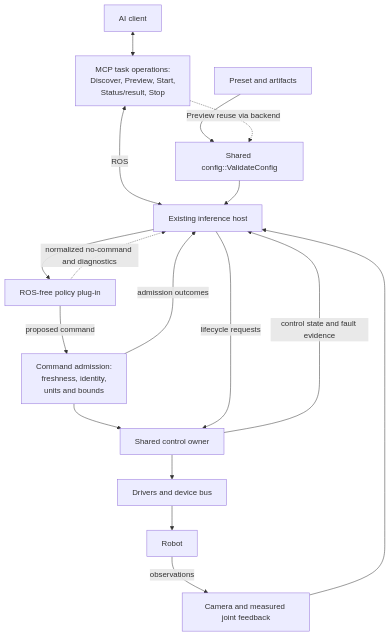
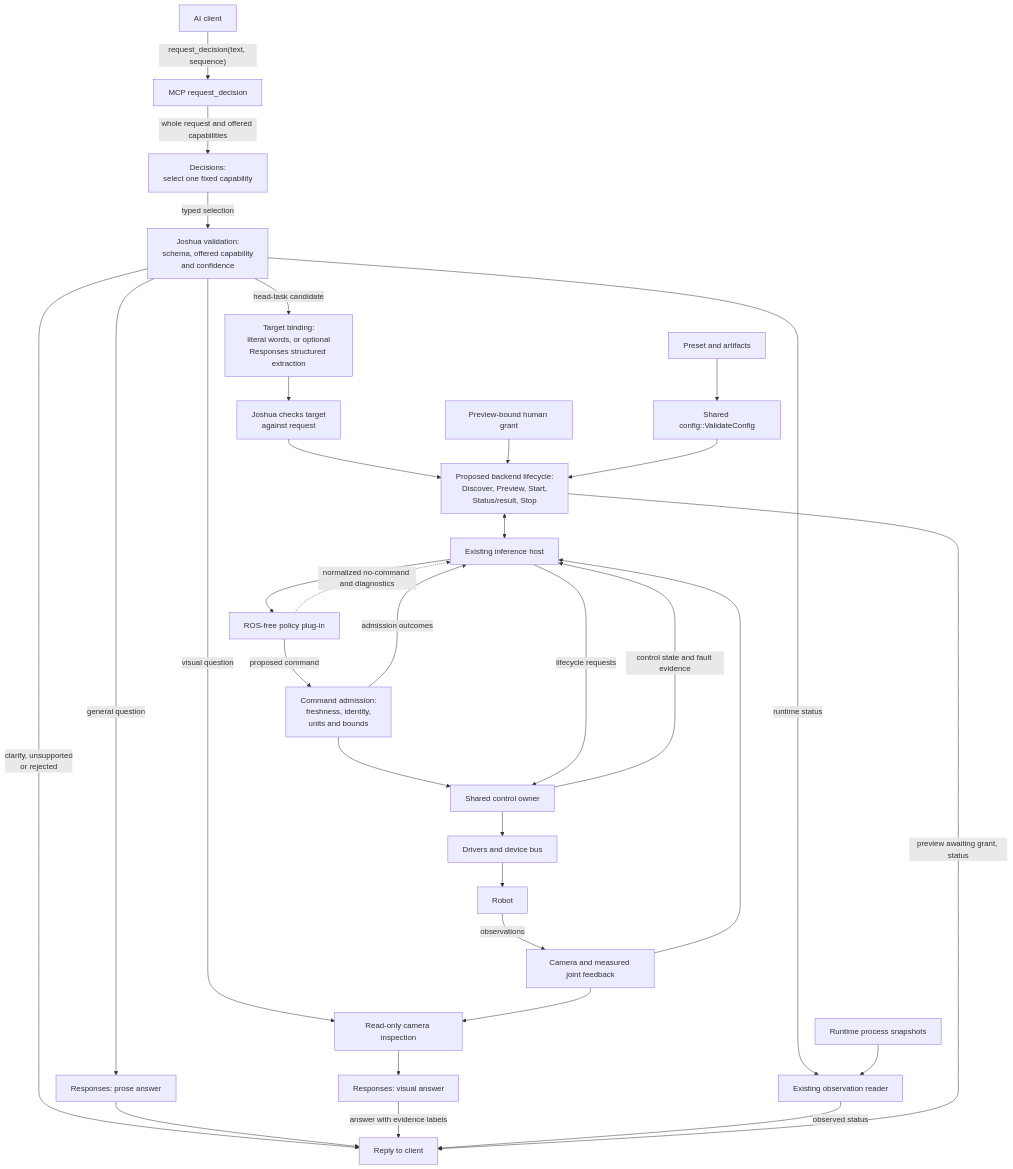
Before and after one commit to Joshua-AI-Robotics/Joshua: the diagram in docs/designs/PLUGGABLE_INFERENCE_AND_MCP.md, drawn with Mermaid. The commit also changed other lines of this file and 1 other file, not shown here.

First line of the commit message:
docs: align MCP design with whole-request Decisions routing

````diff
--- a/docs/designs/PLUGGABLE_INFERENCE_AND_MCP.md
+++ b/docs/designs/PLUGGABLE_INFERENCE_AND_MCP.md
@@ -20,19 +22,35 @@
 ```mermaid
 flowchart TD
-  client["AI client"] <--> mcp["MCP task operations:<br/>Discover, Preview, Start,<br/>Status/result, Stop"]
-  mcp <-->|ROS| host["Existing inference host"]
+  client["AI client"] -->|"request_decision(text, sequence)"| entry["MCP request_decision"]
+  entry -->|"whole request and offered capabilities"| decisions["Decisions:<br/>select one fixed capability"]
+  decisions -->|"typed selection"| validate["Joshua validation:<br/>schema, offered capability<br/>and confidence"]
+  validate -->|"clarify, unsupported<br/>or rejected"| reply["Reply to client"]
+  validate -->|"general question"| general["Responses: prose answer"]
+  general --> reply
+  validate -->|"visual question"| inspect["Read-only camera inspection"]
+  inspect --> visual["Responses: visual answer"]
+  visual -->|"answer with evidence labels"| reply
+  validate -->|"runtime status"| reader["Existing observation reader"]
+  reader -->|"observed status"| reply
+  validate -->|"head-task candidate"| bind["Target binding:<br/>literal words, or optional<br/>Responses structured extraction"]
+  bind --> target["Joshua checks target<br/>against request"]
+  target --> lifecycle["Proposed backend lifecycle:<br/>Discover, Preview, Start,<br/>Status/result, Stop"]
+  lifecycle -->|"preview awaiting grant, status"| reply
+  grant["Preview-bound human grant"] --> lifecycle
   preset["Preset and artifacts"] --> validator["Shared config::ValidateConfig"]
-  validator --> host
-  mcp -.->|"Preview reuse via backend"| validator
+  validator --> lifecycle
+  lifecycle <--> host["Existing inference host"]
   sensors["Camera and measured joint feedback"] --> host
+  sensors --> inspect
+  runtime["Runtime process snapshots"] --> reader
   host --> policy["ROS-free policy plug-in"]
   policy -->|"proposed command"| admission["Command admission:<br/>freshness, identity,<br/>units and bounds"]
   policy -.->|"normalized no-command and diagnostics"| host
   admission --> owner["Shared control owner"]
   host -->|"lifecycle requests"| owner
   owner --> drivers["Drivers and device bus"]
   drivers --> robot["Robot"]
   robot -->|observations| sensors
   admission -->|"admission outcomes"| host
   owner -->|"control state and fault evidence"| host
 ```
````
